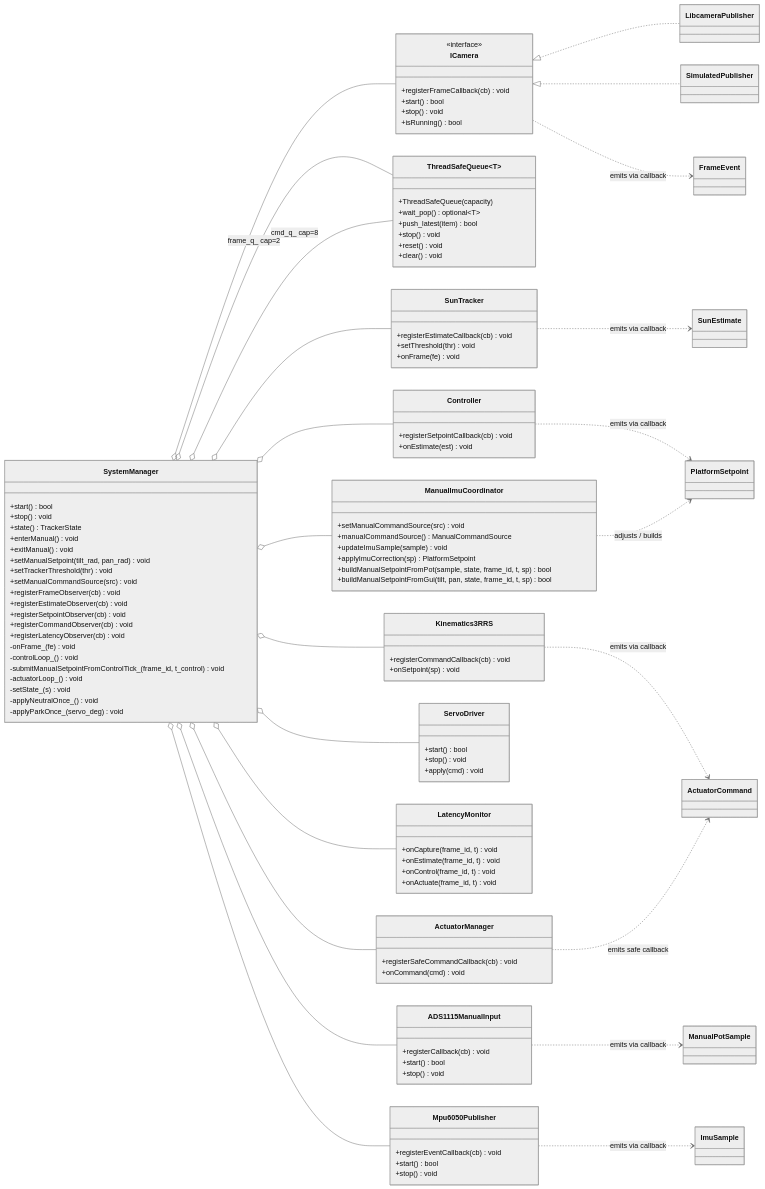
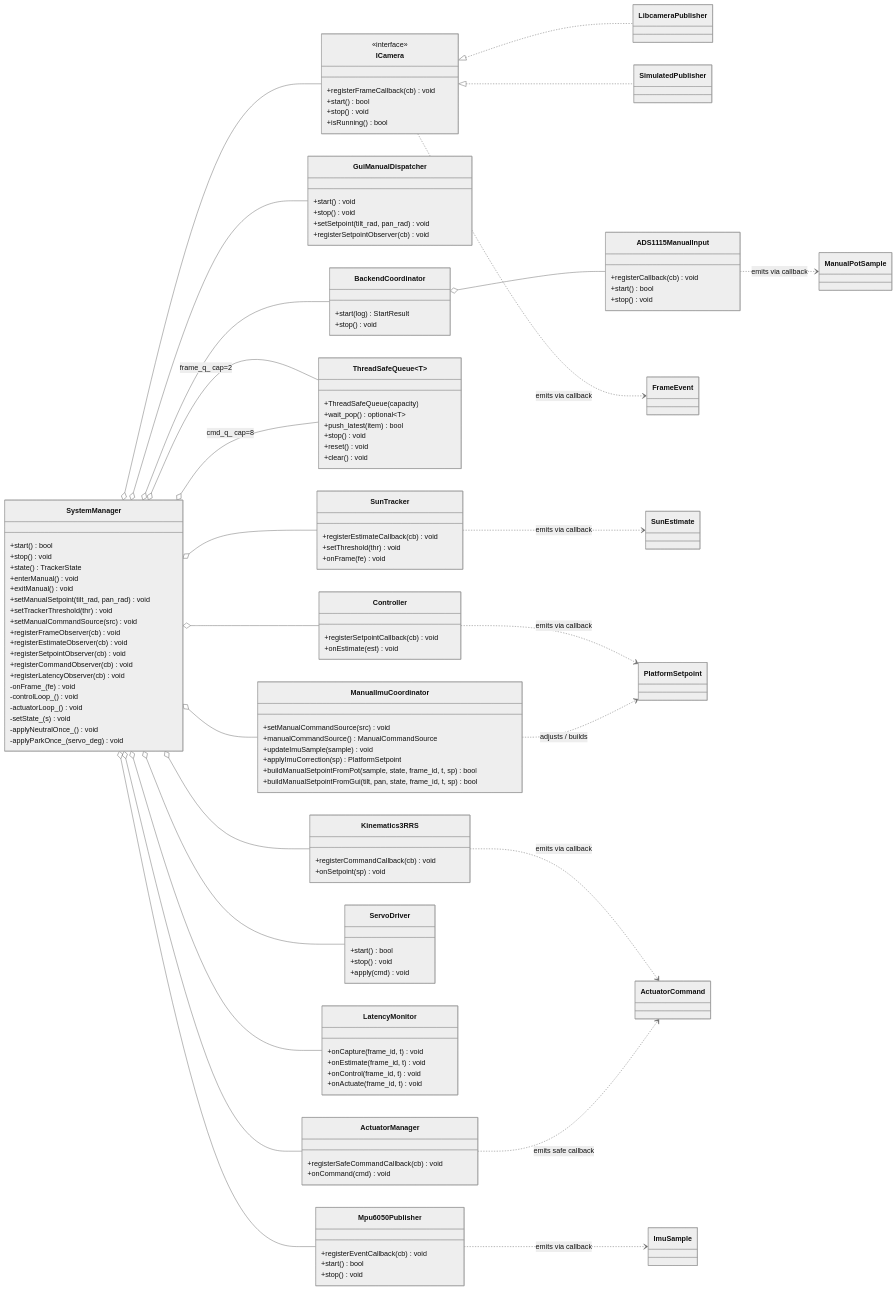
Before and after one commit to fadihalteh/sun2: the first of 5 diagrams in docs/system_architecture.md, drawn with Mermaid (neutral theme). The commit also changed other lines of this file and 15 other files, not shown here.

```diff
--- a/docs/system_architecture.md
+++ b/docs/system_architecture.md
@@ -75,11 +71,22 @@
   +registerLatencyObserver(cb) void
   -onFrame_(fe) void
   -controlLoop_() void
-  -submitManualSetpointFromControlTick_(frame_id, t_control) void
   -actuatorLoop_() void
   -setState_(s) void
   -applyNeutralOnce_() void
   -applyParkOnce_(servo_deg) void
+}
+
+class BackendCoordinator {
+  +start(log) StartResult
+  +stop() void
+}
+
+class GuiManualDispatcher {
+  +start() void
+  +stop() void
+  +setSetpoint(tilt_rad, pan_rad) void
+  +registerSetpointObserver(cb) void
 }
 
 class ICamera {
@@ -167,7 +174,9 @@
 SystemManager o-- ServoDriver
 SystemManager o-- LatencyMonitor
 SystemManager o-- ManualImuCoordinator
-SystemManager o-- ADS1115ManualInput
+SystemManager o-- BackendCoordinator
+SystemManager o-- GuiManualDispatcher
+BackendCoordinator o-- ADS1115ManualInput
 SystemManager o-- Mpu6050Publisher
 
 SystemManager o-- ThreadSafeQueue~FrameEvent~ : frame_q_ cap=2
```
